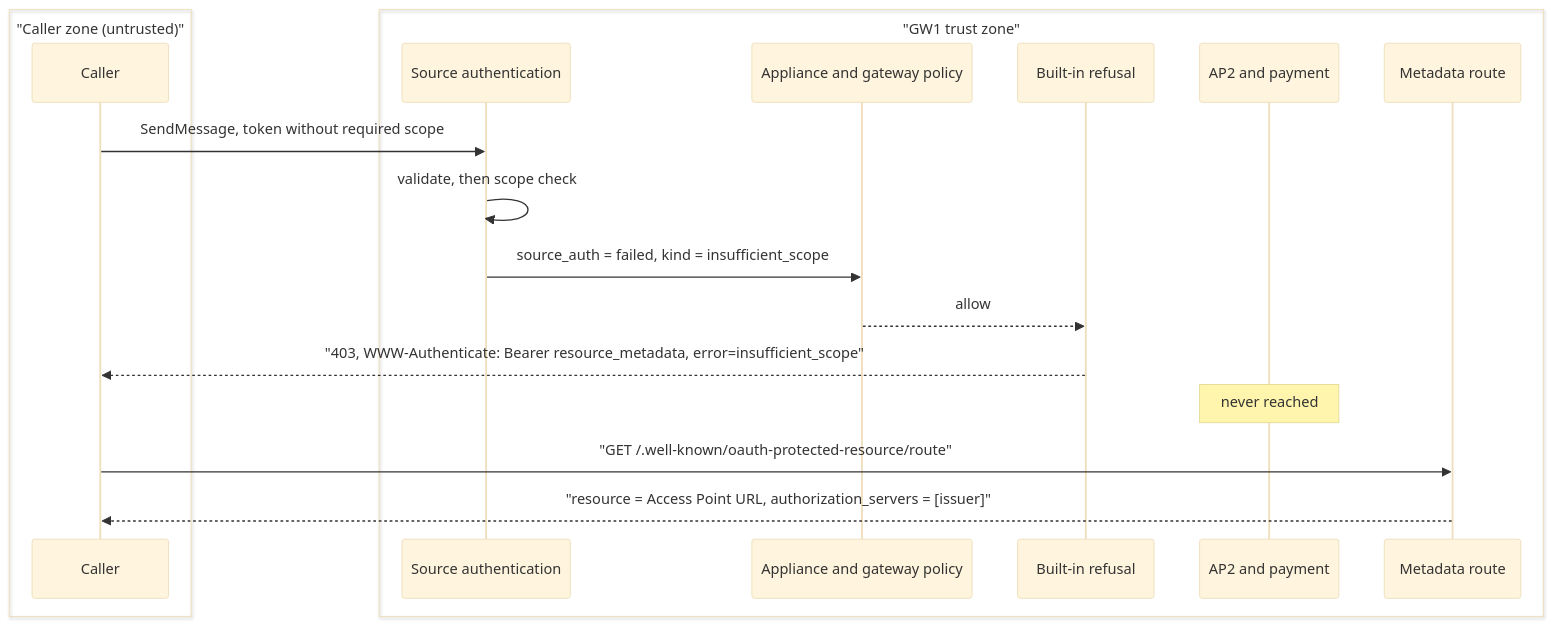
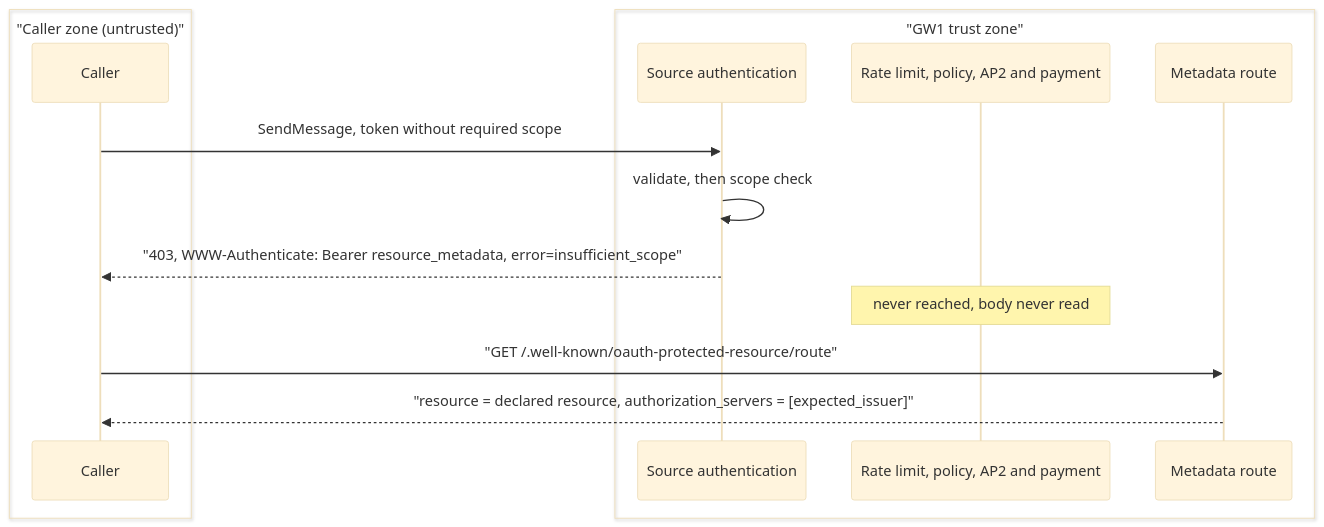
The first of 3 diagrams in docs/adrs/0003-hop-one-resource-server-contract.md (affinidi-ai/agent-gateway), drawn with Mermaid (base theme) before and after one commit. The commit also changed other lines of this file and 15 other files, not shown here.

````diff
--- a/docs/adrs/0003-hop-one-resource-server-contract.md
+++ b/docs/adrs/0003-hop-one-resource-server-contract.md
@@ -653,21 +765,17 @@
 ```mermaid
 sequenceDiagram
     box "Caller zone (untrusted)"
     participant C as Caller
     end
     box "GW1 trust zone"
     participant SA as Source authentication
-    participant GP as Appliance and gateway policy
-    participant R as Built-in refusal
-    participant PAY as AP2 and payment
+    participant PAY as Rate limit, policy, AP2 and payment
     participant PRM as Metadata route
     end
     C->>SA: SendMessage, token without required scope
     SA->>SA: validate, then scope check
-    SA->>GP: source_auth = failed, kind = insufficient_scope
-    GP-->>R: allow
-    R-->>C: "403, WWW-Authenticate: Bearer resource_metadata, error=insufficient_scope"
-    Note over PAY: never reached
+    SA-->>C: "403, WWW-Authenticate: Bearer resource_metadata, error=insufficient_scope"
+    Note over PAY: never reached, body never read
     C->>PRM: "GET /.well-known/oauth-protected-resource/route"
-    PRM-->>C: "resource = Access Point URL, authorization_servers = [issuer]"
+    PRM-->>C: "resource = declared resource, authorization_servers = [expected_issuer]"
 ```
````
